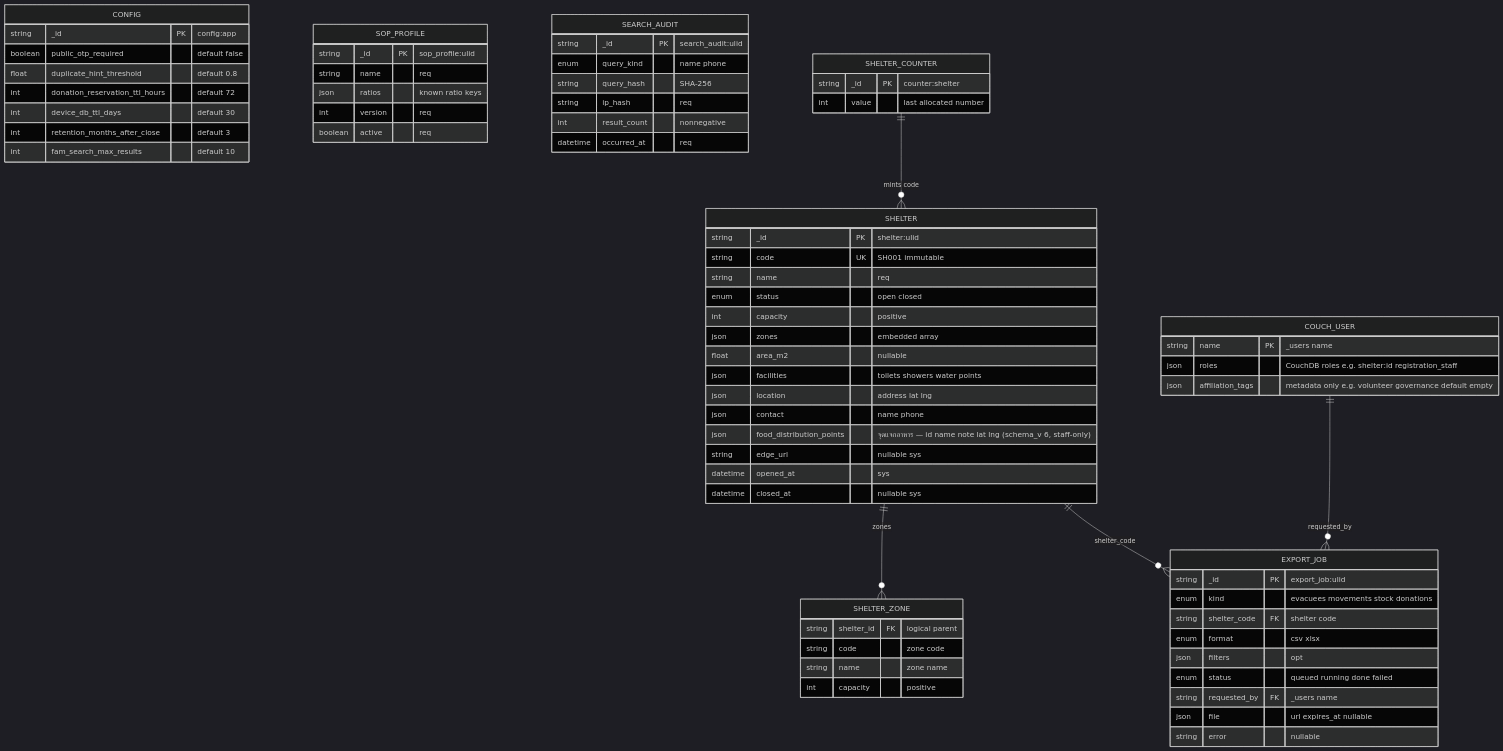
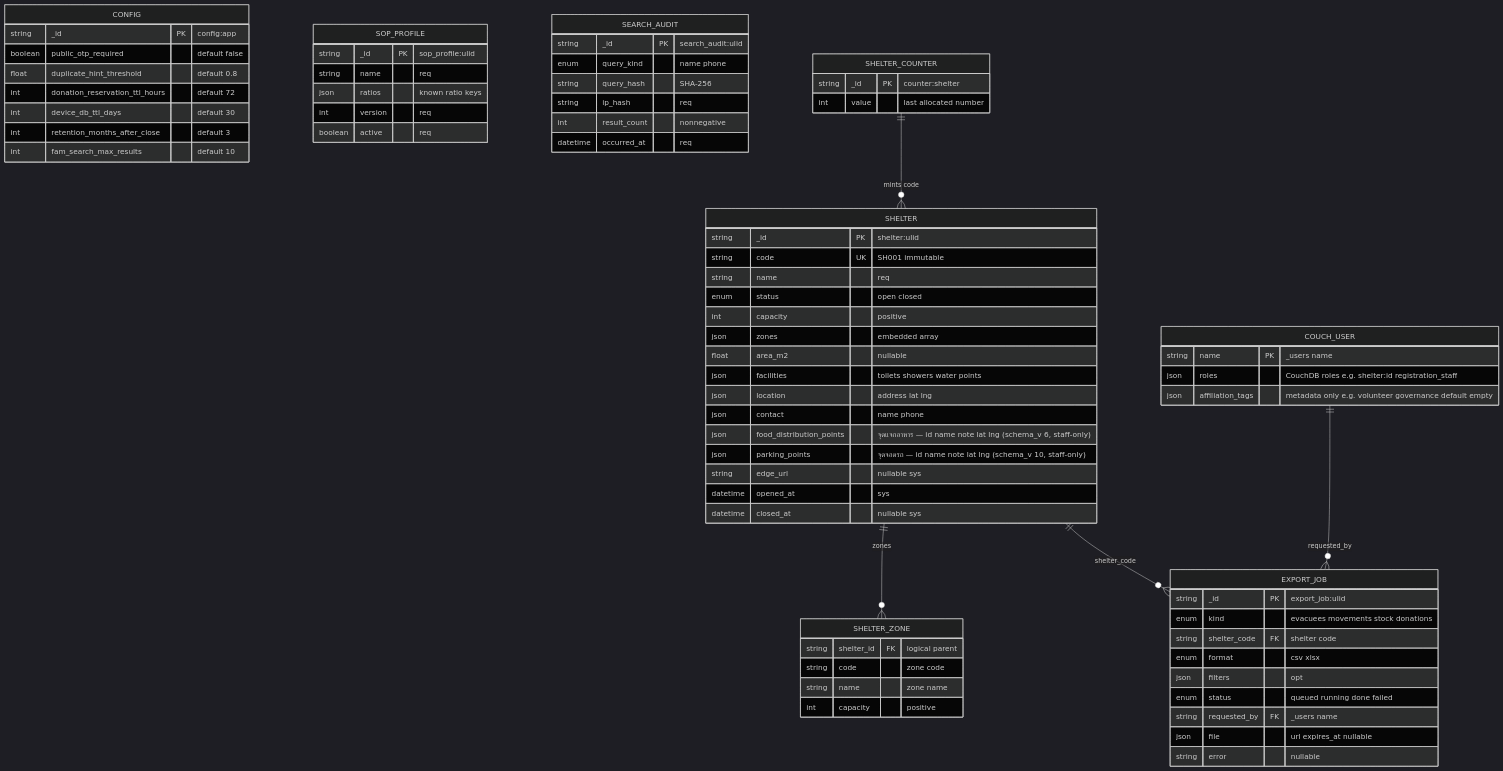
One commit to r202-coe-psu/tent changed the sixth of 7 diagrams in docs/data/schema-er-diagram.md. Above: the diagram before and after it, drawn with Mermaid (dark theme). The commit also changed other lines of this file and 2 other files, not shown here.

First line of the commit message:
docs(changes): draft CR for shelter parking points

````diff
--- a/docs/data/schema-er-diagram.md
+++ b/docs/data/schema-er-diagram.md
@@ -493,81 +493,82 @@
 ```mermaid
 erDiagram
     SHELTER {
         string _id PK "shelter:ulid"
         string code UK "SH001 immutable"
         string name "req"
         enum status "open closed"
         int capacity "positive"
         json zones "embedded array"
         float area_m2 "nullable"
         json facilities "toilets showers water points"
         json location "address lat lng"
         json contact "name phone"
         json food_distribution_points "จุดแจกอาหาร — id name note lat lng (schema_v 6, staff-only)"
+        json parking_points "จุดจอดรถ — id name note lat lng (schema_v 10, staff-only)"
         string edge_url "nullable sys"
         datetime opened_at "sys"
         datetime closed_at "nullable sys"
     }
 
     SHELTER_ZONE {
         string shelter_id FK "logical parent"
         string code "zone code"
         string name "zone name"
         int capacity "positive"
     }
 
     CONFIG {
         string _id PK "config:app"
         boolean public_otp_required "default false"
         float duplicate_hint_threshold "default 0.8"
         int donation_reservation_ttl_hours "default 72"
         int device_db_ttl_days "default 30"
         int retention_months_after_close "default 3"
         int fam_search_max_results "default 10"
     }
 
     SOP_PROFILE {
         string _id PK "sop_profile:ulid"
         string name "req"
         json ratios "known ratio keys"
         int version "req"
         boolean active "req"
     }
 
     SEARCH_AUDIT {
         string _id PK "search_audit:ulid"
         enum query_kind "name phone"
         string query_hash "SHA-256"
         string ip_hash "req"
         int result_count "nonnegative"
         datetime occurred_at "req"
     }
 
     EXPORT_JOB {
         string _id PK "export_job:ulid"
         enum kind "evacuees movements stock donations"
         string shelter_code FK "shelter code"
         enum format "csv xlsx"
         json filters "opt"
         enum status "queued running done failed"
         string requested_by FK "_users name"
         json file "url expires_at nullable"
         string error "nullable"
     }
 
     SHELTER_COUNTER {
         string _id PK "counter:shelter"
         int value "last allocated number"
     }
 
     COUCH_USER {
         string name PK "_users name"
         json roles "CouchDB roles e.g. shelter:id registration_staff"
         json affiliation_tags "metadata only e.g. volunteer governance default empty"
     }
 
     SHELTER ||--o{ SHELTER_ZONE : "zones"
     SHELTER_COUNTER ||--o{ SHELTER : "mints code"
     SHELTER ||--o{ EXPORT_JOB : "shelter_code"
     COUCH_USER ||--o{ EXPORT_JOB : "requested_by"
 ```
````
